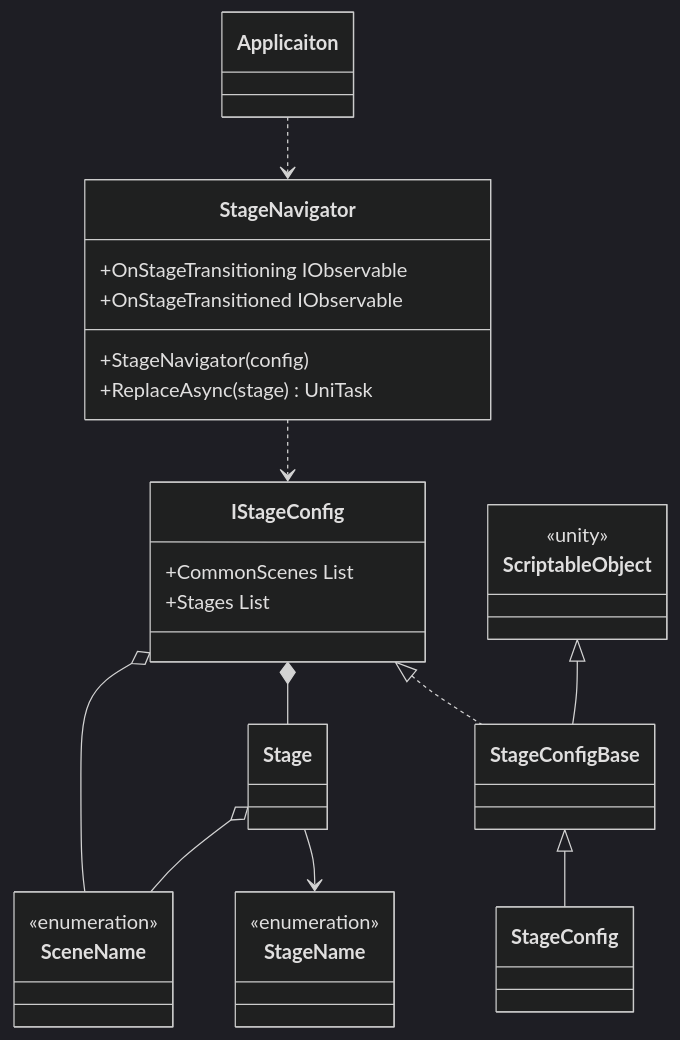
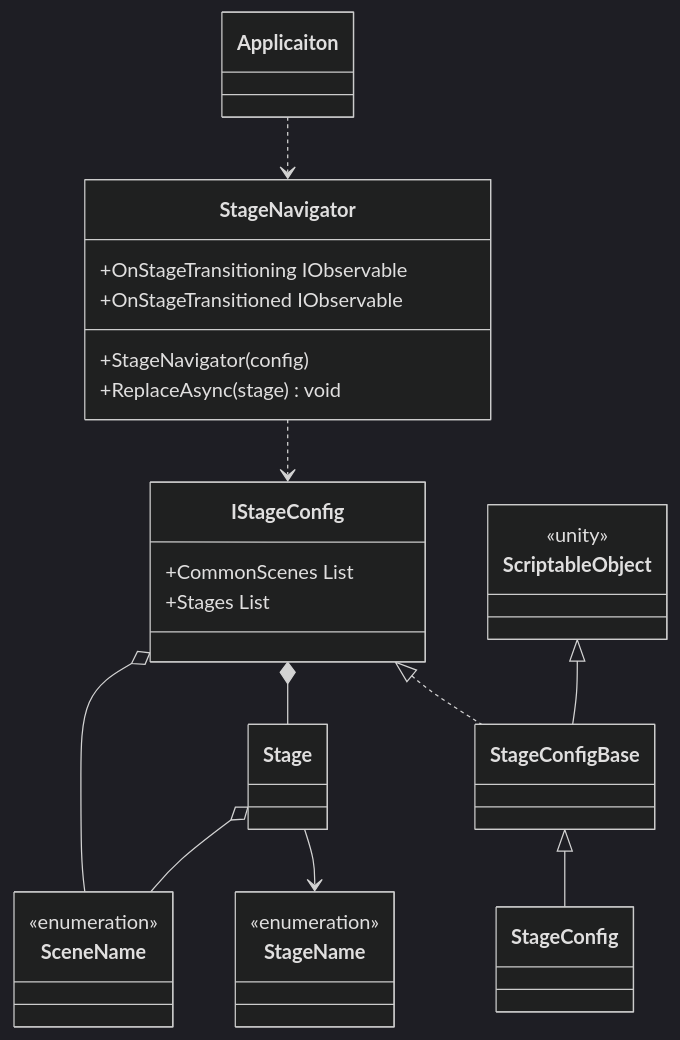
Before and after one commit to extreal-dev/Extreal.Guide: the first of 2 diagrams in docs/core/stage-navigation.md, drawn with Mermaid (dark theme).

Commit message:
ガイドのクラス図の戻り型のUniTaskはあまり意味がないので値の型に変更

````diff
--- a/docs/core/stage-navigation.md
+++ b/docs/core/stage-navigation.md
@@ -27,50 +27,50 @@
 ```mermaid
 classDiagram
 
     Applicaiton ..> StageNavigator
     StageNavigator ..> IStageConfig
     IStageConfig <|.. StageConfigBase
     StageConfigBase <|-- StageConfig
     ScriptableObject <|-- StageConfigBase
     IStageConfig *-- Stage
     IStageConfig o-- SceneName
     Stage --> StageName
     Stage o-- SceneName
 
     class Applicaiton {
     }
 
     class StageName {
         <<enumeration>>
     }
 
     class SceneName {
         <<enumeration>>
     }
 
     class StageConfig {
     }
 
     class StageNavigator {
         +OnStageTransitioning IObservable
         +OnStageTransitioned IObservable
         +StageNavigator(config)
-        +ReplaceAsync(stage) UniTask
+        +ReplaceAsync(stage) void
     }
 
     class IStageConfig {
         +CommonScenes List
         +Stages List
     }
 
     class StageConfigBase {
         
     }
 
     class ScriptableObject {
         <<unity>>
     }
 
     class Stage {
     }
 ```
````
